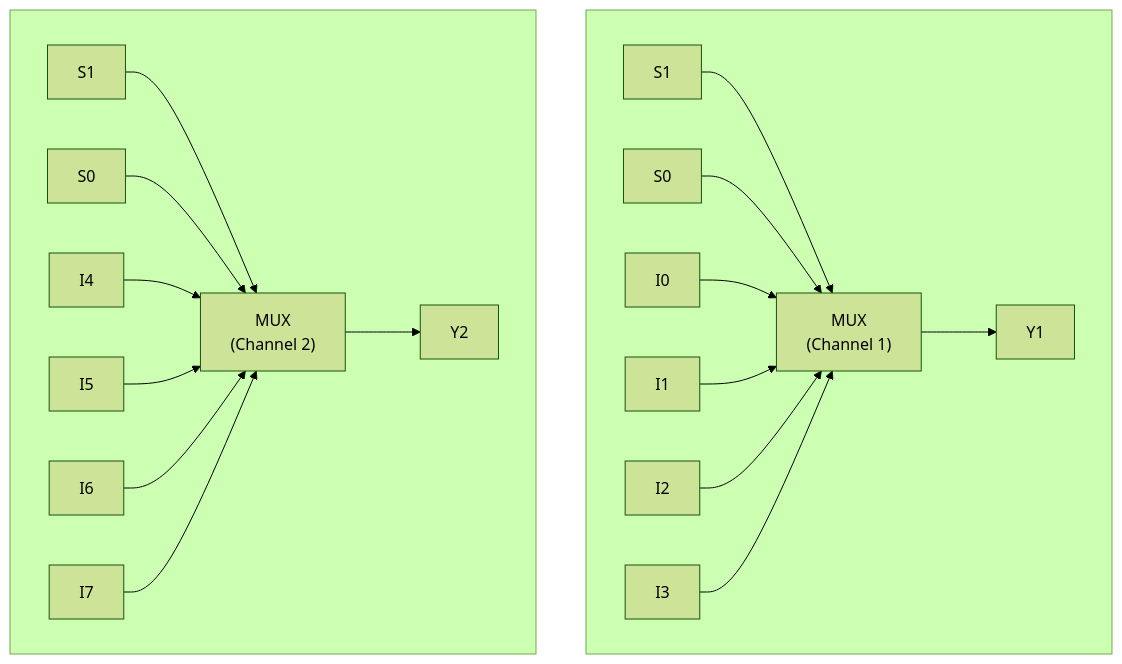
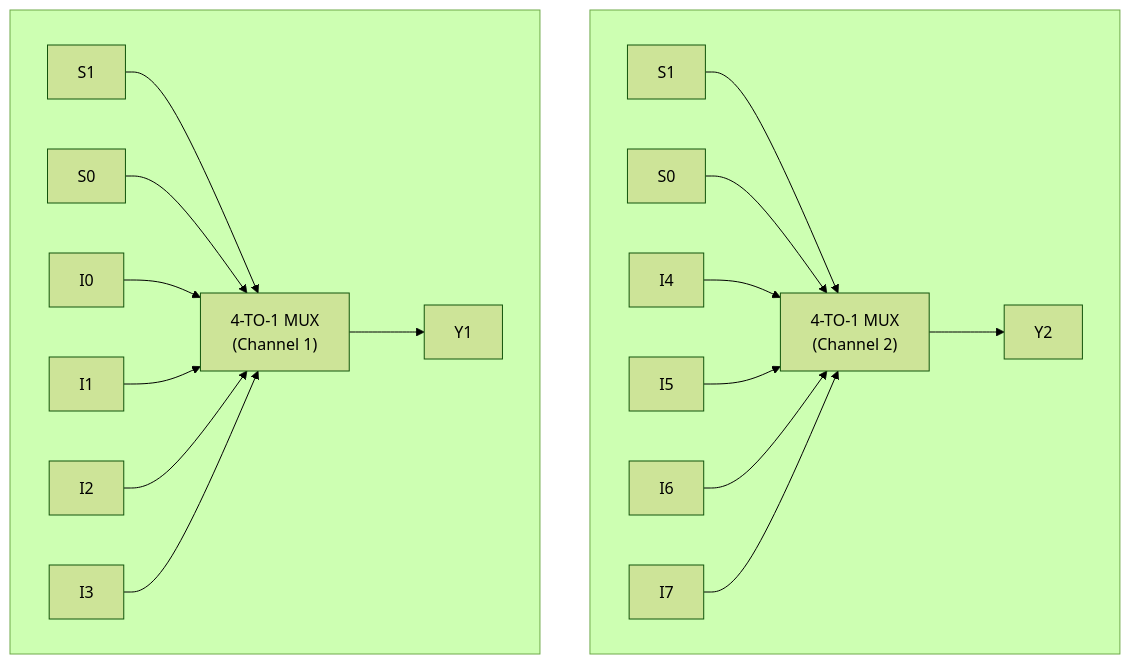
One commit to setrar/microelectronics changed the eighth of 9 diagrams in Components/discrete/Transistors/kit/HomeDepot/BlockDiagrams/README.md. Above: the diagram before and after it, drawn with Mermaid (forest theme).

Commit message:
Update MUX diagrams for clarity and consistency

````diff
--- a/Components/discrete/Transistors/kit/HomeDepot/BlockDiagrams/README.md
+++ b/Components/discrete/Transistors/kit/HomeDepot/BlockDiagrams/README.md
@@ -275,24 +275,24 @@
 ```mermaid
 flowchart TD
+    %% MUX 2 (Channel 2)
+    subgraph MUX2[" "]
+        S1_2[S1] --> M2["4-TO-1 MUX<br>(Channel 2)"]
+        S0_2[S0] --> M2
+        I4 --> M2
+        I5 --> M2
+        I6 --> M2
+        I7 --> M2
+        M2 --> Y2[Y2]
+    end
+
     %% MUX 1 (Channel 1)
     subgraph MUX1[" "]
-        S1_1[S1] --> M1["MUX<br>(Channel 1)"]
+        S1_1[S1] --> M1["4-TO-1 MUX<br>(Channel 1)"]
         S0_1[S0] --> M1
         I0 --> M1
         I1 --> M1
         I2 --> M1
         I3 --> M1
         M1 --> Y1[Y1]
     end
-
-    %% MUX 2 (Channel 2)
-    subgraph MUX2[" "]
-        S1_2[S1] --> M2["MUX<br>(Channel 2)"]
-        S0_2[S0] --> M2
-        I4 --> M2
-        I5 --> M2
-        I6 --> M2
-        I7 --> M2
-        M2 --> Y2[Y2]
-    end
 ```
````
